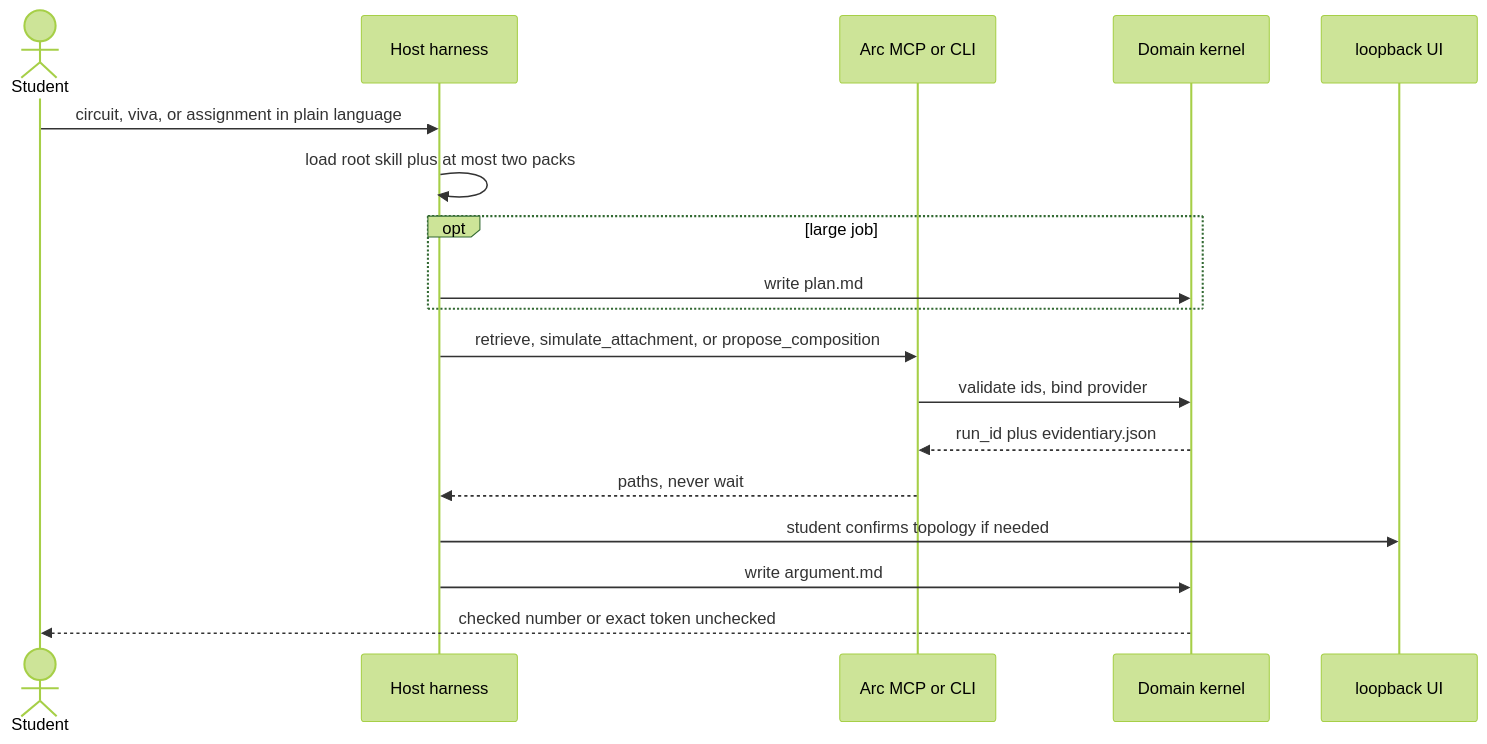
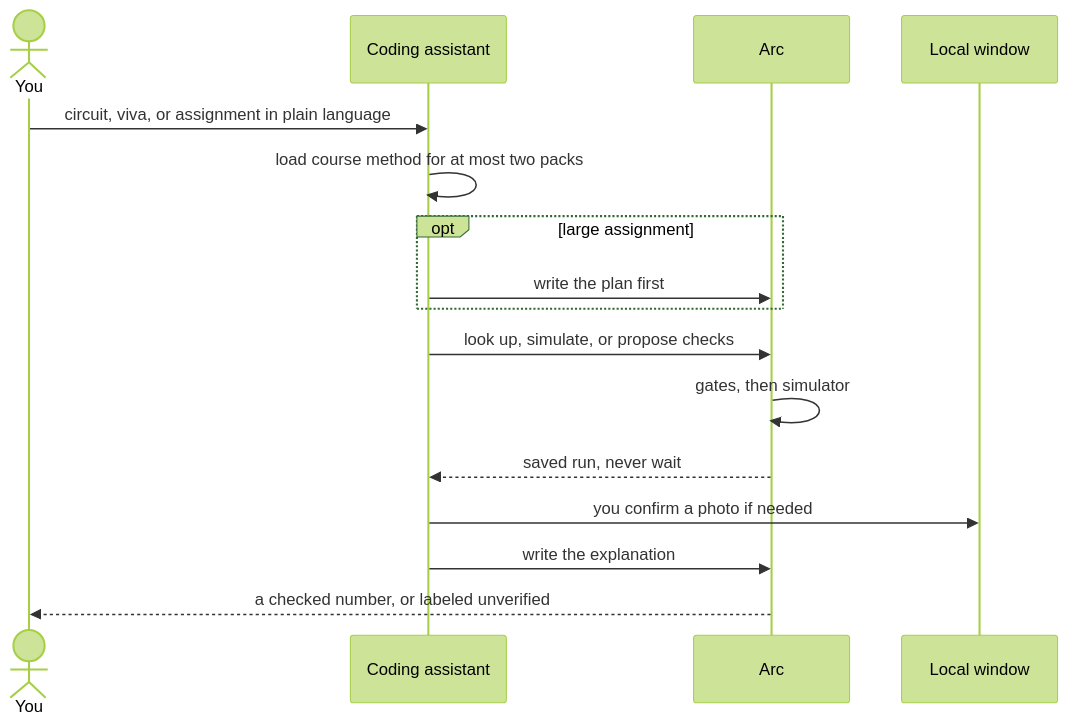
Before and after one commit to Vinayak-RZ/ARC: the fourth of 6 diagrams in docs/ON_THE_HARNESS.md, drawn with Mermaid (forest theme). The commit also changed other lines of this file and 9 other files, not shown here.

````diff
--- a/docs/ON_THE_HARNESS.md
+++ b/docs/ON_THE_HARNESS.md
@@ -137,20 +217,18 @@
 ```mermaid
 sequenceDiagram
-  actor Student
-  participant Host as Host harness
-  participant MCP as Arc MCP or CLI
-  participant Kernel as Domain kernel
-  participant UI as loopback UI
-  Student->>Host: circuit, viva, or assignment in plain language
-  Host->>Host: load root skill plus at most two packs
-  opt large job
-    Host->>Kernel: write plan.md
+  actor You
+  participant Assistant as Coding assistant
+  participant Arc as Arc
+  participant UI as Local window
+  You->>Assistant: circuit, viva, or assignment in plain language
+  Assistant->>Assistant: load course method for at most two packs
+  opt large assignment
+    Assistant->>Arc: write the plan first
   end
-  Host->>MCP: retrieve, simulate_attachment, or propose_composition
-  MCP->>Kernel: validate ids, bind provider
-  Kernel-->>MCP: run_id plus evidentiary.json
-  MCP-->>Host: paths, never wait
-  Host->>UI: student confirms topology if needed
-  Host->>Kernel: write argument.md
-  Kernel-->>Student: checked number or exact token unchecked
+  Assistant->>Arc: look up, simulate, or propose checks
+  Arc->>Arc: gates, then simulator
+  Arc-->>Assistant: saved run, never wait
+  Assistant->>UI: you confirm a photo if needed
+  Assistant->>Arc: write the explanation
+  Arc-->>You: a checked number, or labeled unverified
 ```
````
